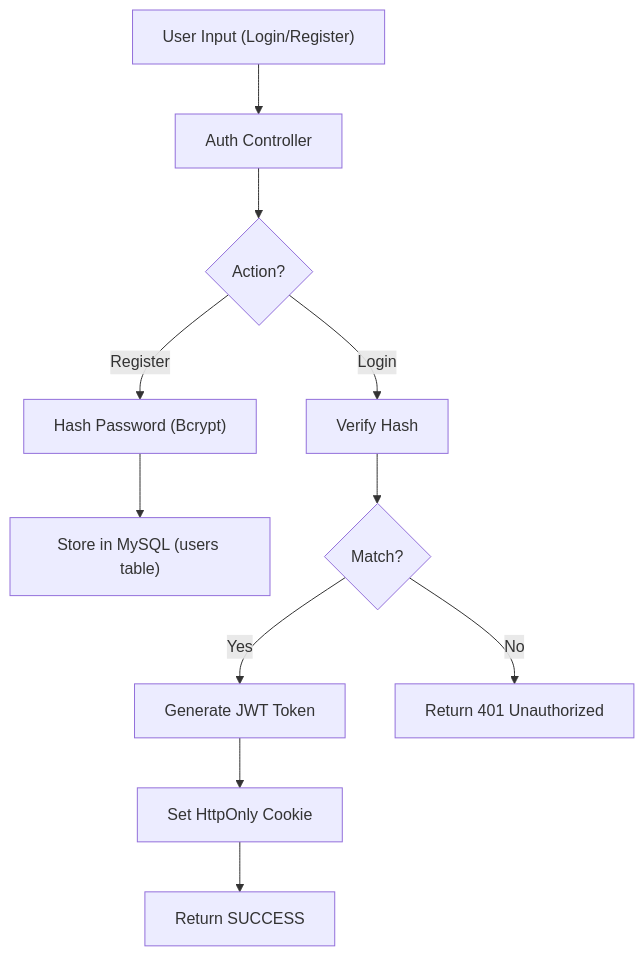
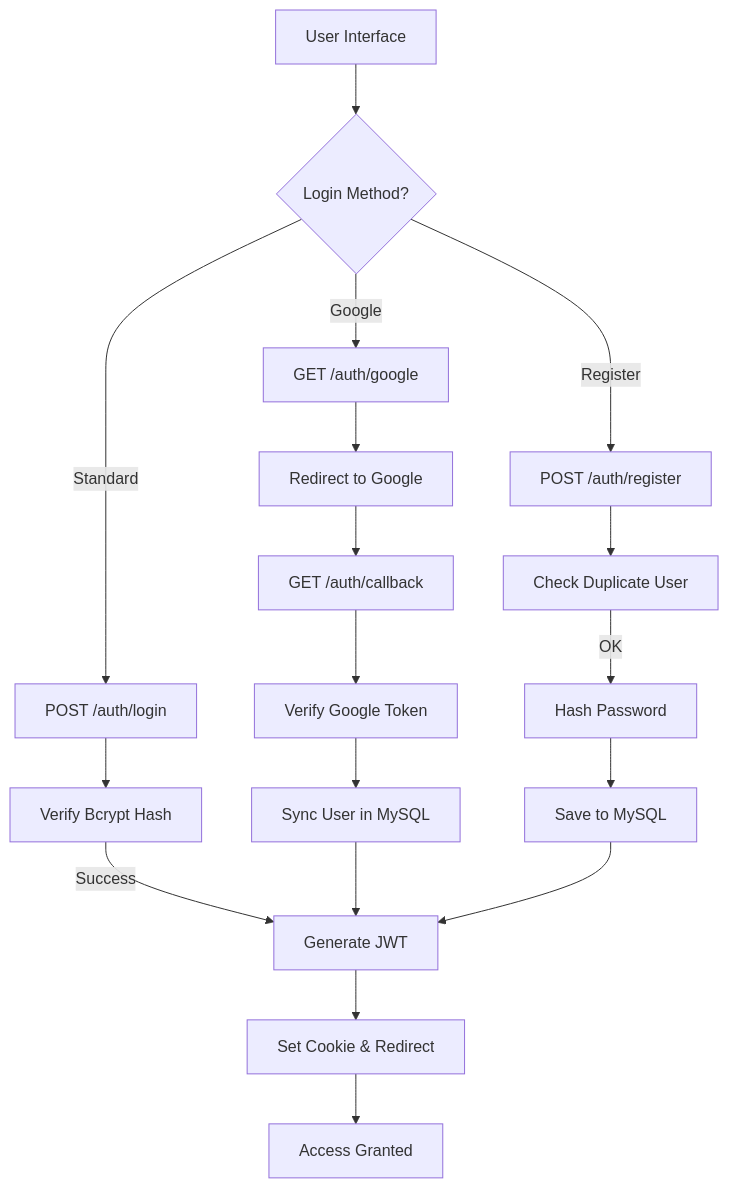
One commit to mansa-team/server changed the diagram in docs/auth.md. Above: the diagram before and after it, drawn with Mermaid. The commit also changed other lines of this file, not shown here.

````diff
--- a/docs/auth.md
+++ b/docs/auth.md
@@ -84,13 +102,24 @@
 ```mermaid
 graph TD
-    A["User Input (Login/Register)"] --> B["Auth Controller"]
-    B --> C{Action?}
-    C -- Register --> D["Hash Password (Bcrypt)"]
-    D --> E["Store in MySQL (users table)"]
-    C -- Login --> F["Verify Hash"]
-    F --> G{Match?}
-    G -- Yes --> H["Generate JWT Token"]
-    H --> I["Set HttpOnly Cookie"]
-    I --> J["Return SUCCESS"]
-    G -- No --> K["Return 401 Unauthorized"]
+    User["User Interface"] --> Start{Login Method?}
+    
+    Start -- Standard --> Login["POST /auth/login"]
+    Login --> Verify["Verify Bcrypt Hash"]
+    Verify -- Success --> JWT["Generate JWT"]
+    
+    Start -- Google --> GLogin["GET /auth/google"]
+    GLogin --> GRedirect["Redirect to Google"]
+    GRedirect --> GCallback["GET /auth/callback"]
+    GCallback --> GVerify["Verify Google Token"]
+    GVerify --> GSync["Sync User in MySQL"]
+    GSync --> JWT
+    
+    Start -- Register --> Reg["POST /auth/register"]
+    Reg --> Valid["Check Duplicate User"]
+    Valid -- OK --> Hash["Hash Password"]
+    Hash --> Save["Save to MySQL"]
+    Save --> JWT
+    
+    JWT --> Cookie["Set Cookie & Redirect"]
+    Cookie --> Home["Access Granted"]
 ```
````
